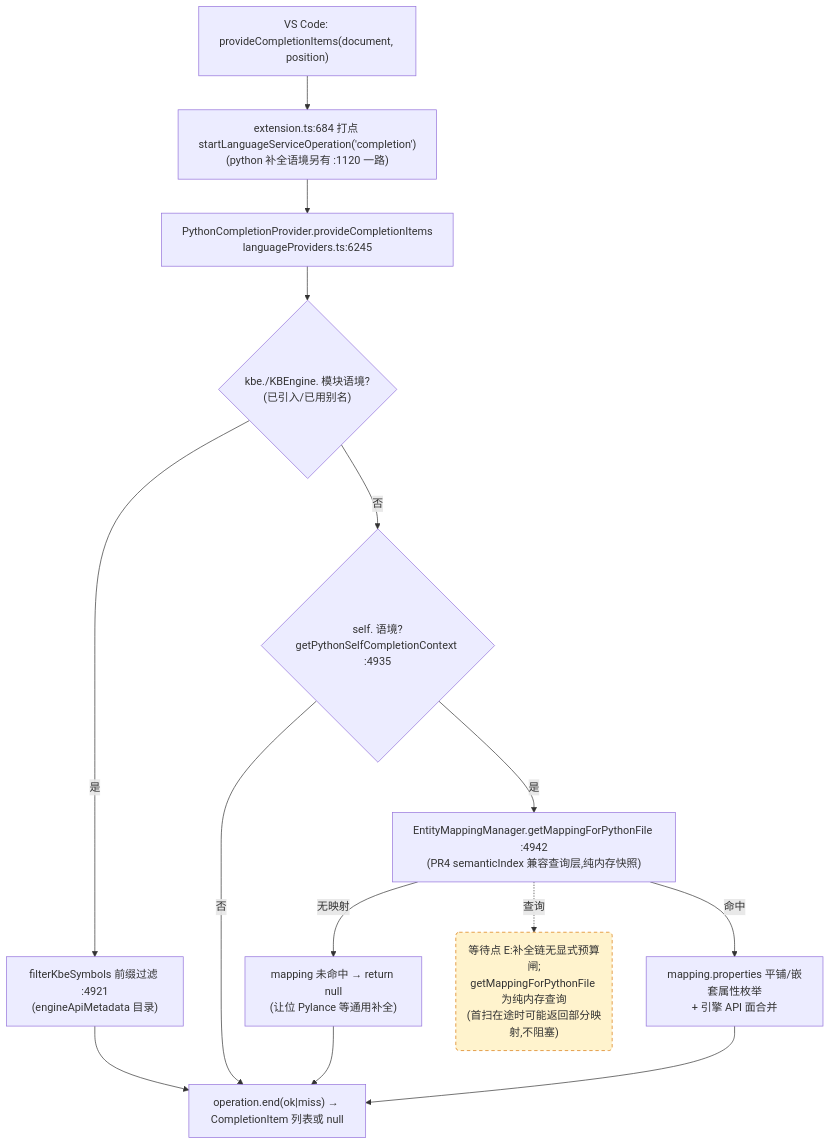
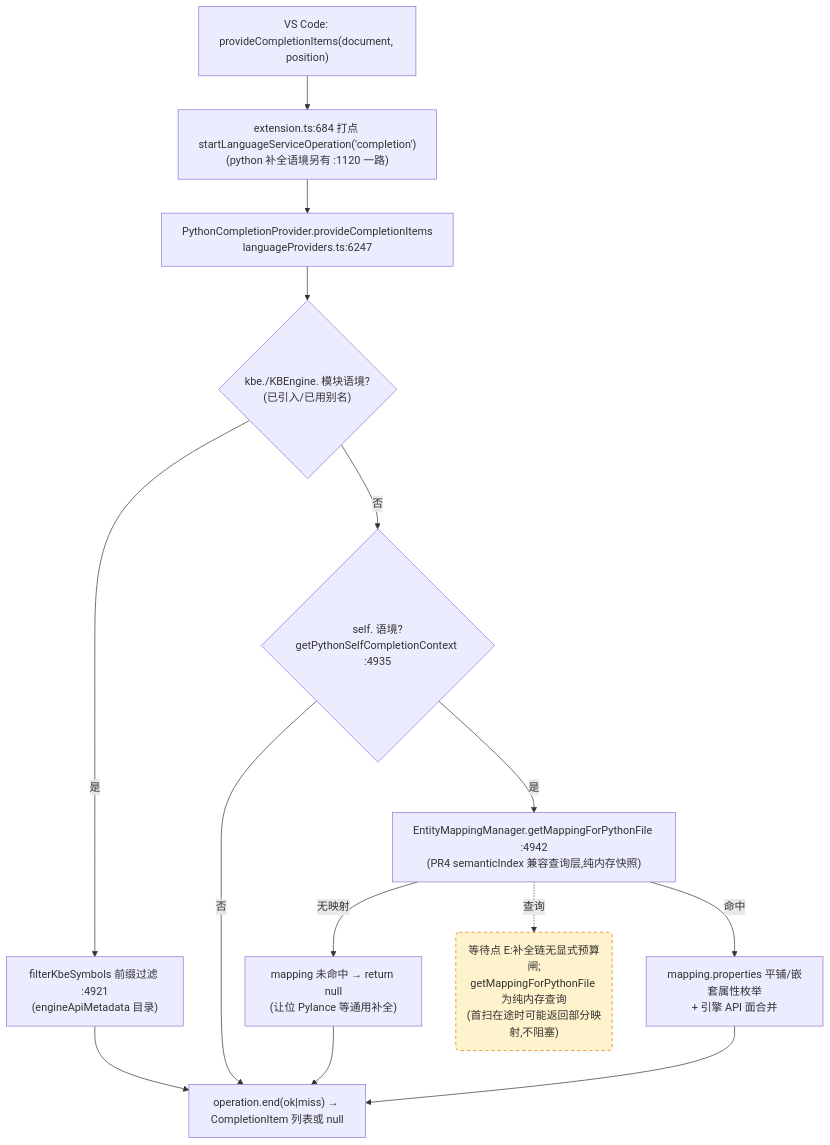
One commit to cuihairu/kode changed the third of 4 diagrams in docs/perf/2026-baseline.md. Above: the diagram before and after it, drawn with Mermaid. The commit also changed other lines of this file and 4 other files, not shown here.

````diff
--- a/docs/perf/2026-baseline.md
+++ b/docs/perf/2026-baseline.md
@@ -184,27 +184,27 @@
 ```mermaid
 flowchart TD
   VC3["VS Code: provideCompletionItems(document, position)"]
   M3["extension.ts:684 打点 startLanguageServiceOperation('completion')<br/>(python 补全语境另有 :1120 一路)"]
-  CP["PythonCompletionProvider.provideCompletionItems<br/>languageProviders.ts:6245"]
+  CP["PythonCompletionProvider.provideCompletionItems<br/>languageProviders.ts:6247"]
   KBEC{"kbe./KBEngine. 模块语境?<br/>(已引入/已用别名)"}
   FILTER["filterKbeSymbols 前缀过滤 :4921<br/>(engineApiMetadata 目录)"]
   SELFC{"self. 语境?<br/>getPythonSelfCompletionContext :4935"}
   MAP["EntityMappingManager.getMappingForPythonFile :4942<br/>(PR4 semanticIndex 兼容查询层,纯内存快照)"]
   NOMAP["mapping 未命中 → return null<br/>(让位 Pylance 等通用补全)"]
   PROPS["mapping.properties 平铺/嵌套属性枚举<br/>+ 引擎 API 面合并"]
   END3["operation.end(ok|miss) → CompletionItem 列表或 null"]
 
   VC3 --> M3 --> CP --> KBEC
   KBEC -- "是" --> FILTER --> END3
   KBEC -- "否" --> SELFC
   SELFC -- "否" --> END3
   SELFC -- "是" --> MAP
   MAP -- "无映射" --> NOMAP --> END3
   MAP -- "命中" --> PROPS --> END3
 
   WAITE("等待点 E:补全链无显式预算闸;<br/>getMappingForPythonFile 为纯内存查询<br/>(首扫在途时可能返回部分映射,不阻塞)")
   MAP -.->|查询| WAITE
 
   classDef waitPoint fill:#fff3cd,stroke:#d97706,stroke-dasharray:5 4;
   class WAITE waitPoint;
 ```
````
